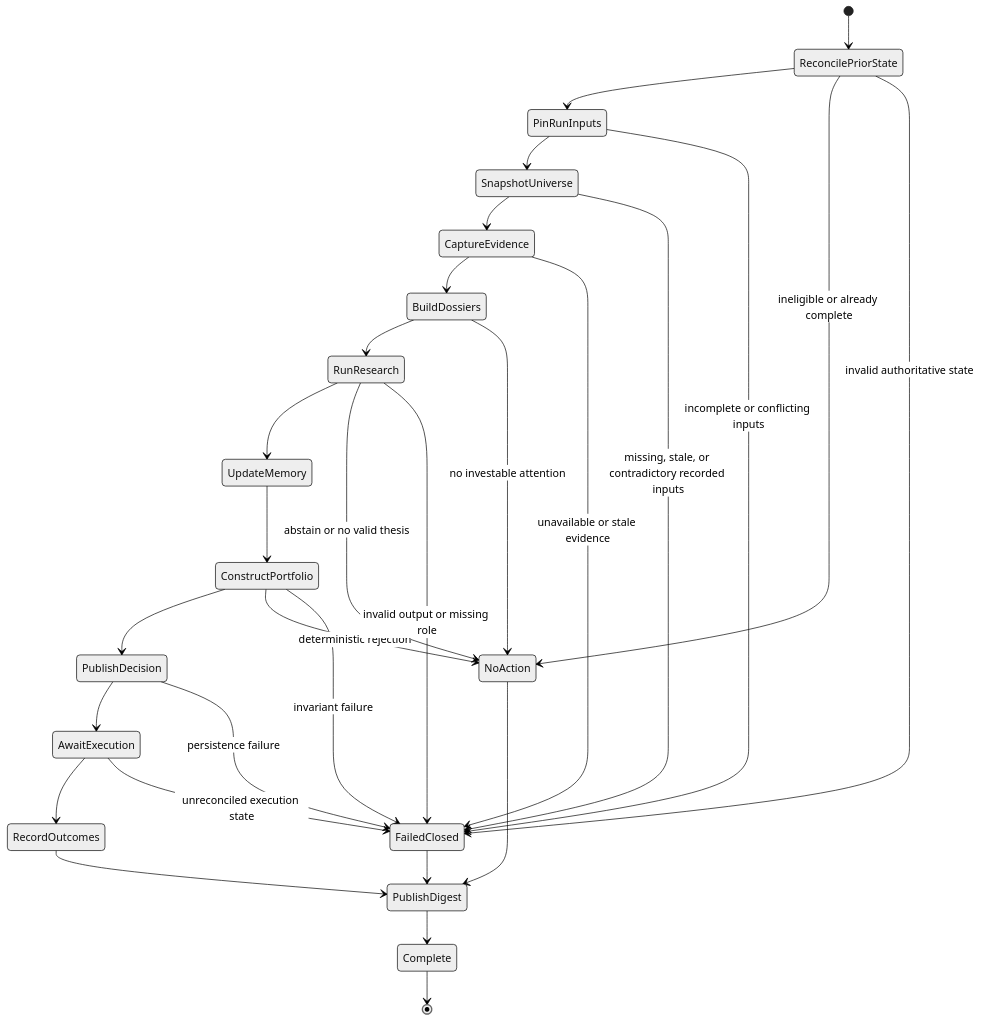
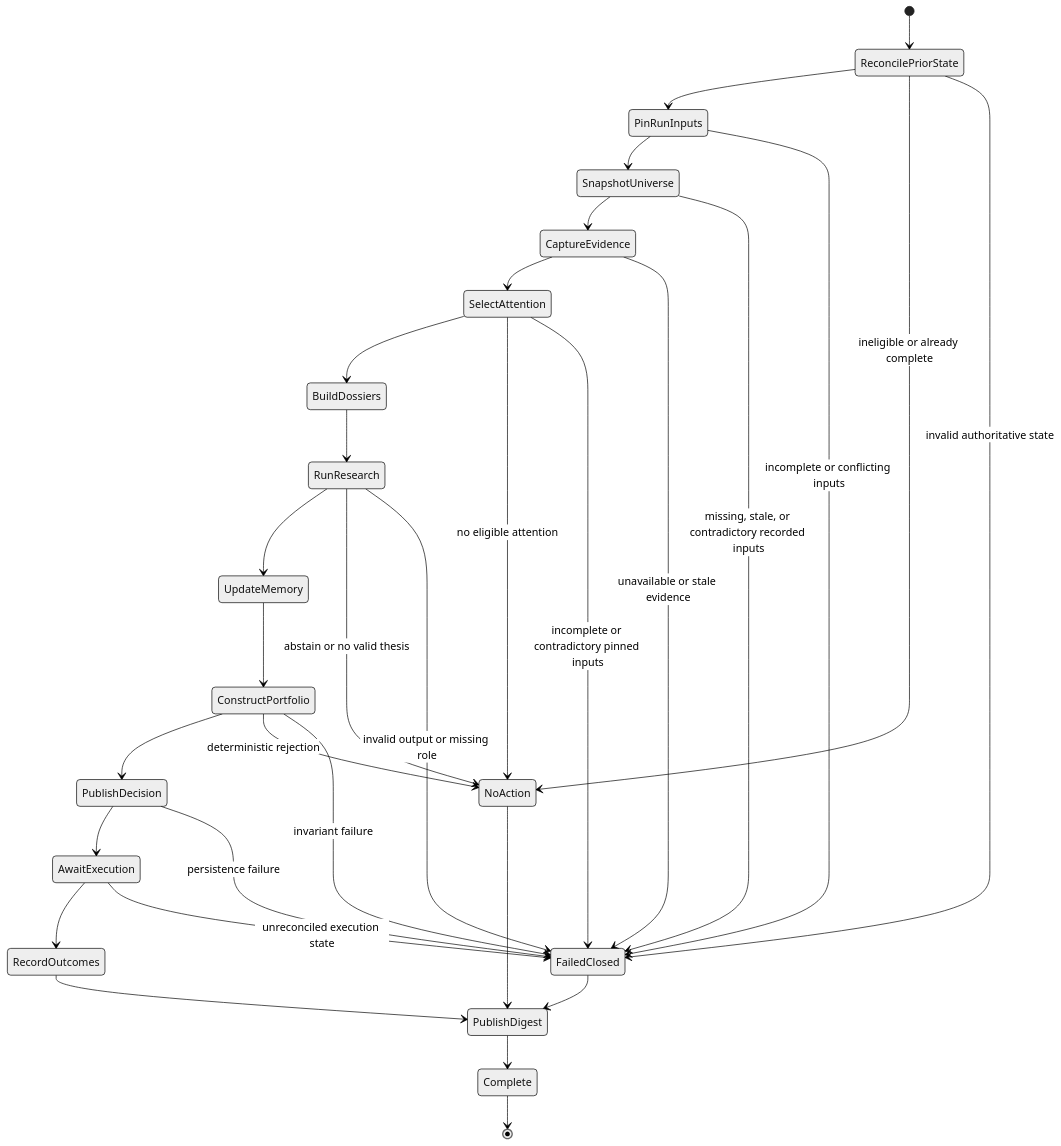
The second of 3 diagrams in docs/architecture.md (investlink-ai/agentic_investment_os), drawn with Mermaid (neutral theme) before and after one commit. The commit also changed other lines of this file and 29 other files, not shown here.

Commit message:
feat(lifecycle): select bounded research attention

````diff
--- a/docs/architecture.md
+++ b/docs/architecture.md
@@ -330,33 +331,35 @@
 ```mermaid
 stateDiagram-v2
     [*] --> ReconcilePriorState
     ReconcilePriorState --> PinRunInputs
     PinRunInputs --> SnapshotUniverse
     SnapshotUniverse --> CaptureEvidence
-    CaptureEvidence --> BuildDossiers
+    CaptureEvidence --> SelectAttention
+    SelectAttention --> BuildDossiers
     BuildDossiers --> RunResearch
     RunResearch --> UpdateMemory
     UpdateMemory --> ConstructPortfolio
     ConstructPortfolio --> PublishDecision
     PublishDecision --> AwaitExecution
     AwaitExecution --> RecordOutcomes
     RecordOutcomes --> PublishDigest
     PublishDigest --> Complete
     Complete --> [*]
 
     ReconcilePriorState --> NoAction: ineligible or already complete
-    BuildDossiers --> NoAction: no investable attention
+    SelectAttention --> NoAction: no eligible attention
     RunResearch --> NoAction: abstain or no valid thesis
     ConstructPortfolio --> NoAction: deterministic rejection
     NoAction --> PublishDigest
 
     ReconcilePriorState --> FailedClosed: invalid authoritative state
     PinRunInputs --> FailedClosed: incomplete or conflicting inputs
     SnapshotUniverse --> FailedClosed: missing, stale, or contradictory recorded inputs
     CaptureEvidence --> FailedClosed: unavailable or stale evidence
+    SelectAttention --> FailedClosed: incomplete or contradictory pinned inputs
     RunResearch --> FailedClosed: invalid output or missing role
     ConstructPortfolio --> FailedClosed: invariant failure
     PublishDecision --> FailedClosed: persistence failure
     AwaitExecution --> FailedClosed: unreconciled execution state
     FailedClosed --> PublishDigest
 ```
````
